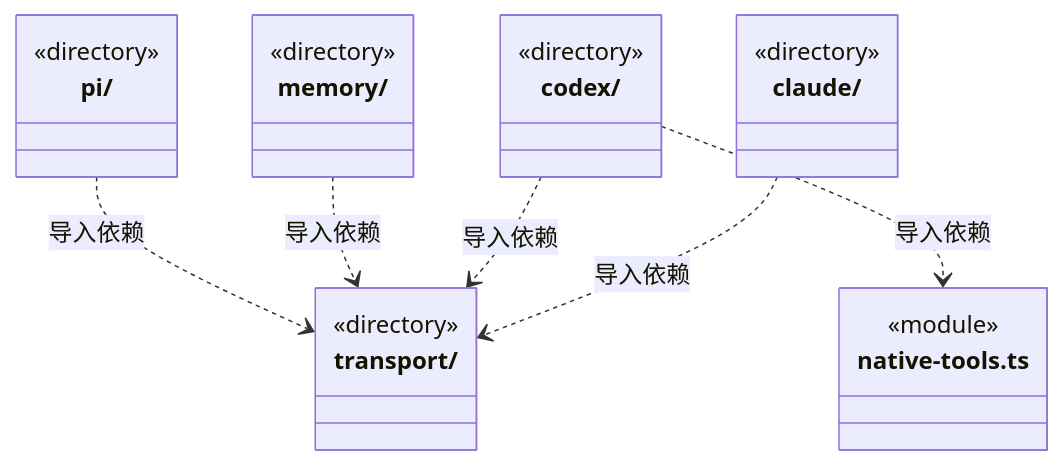
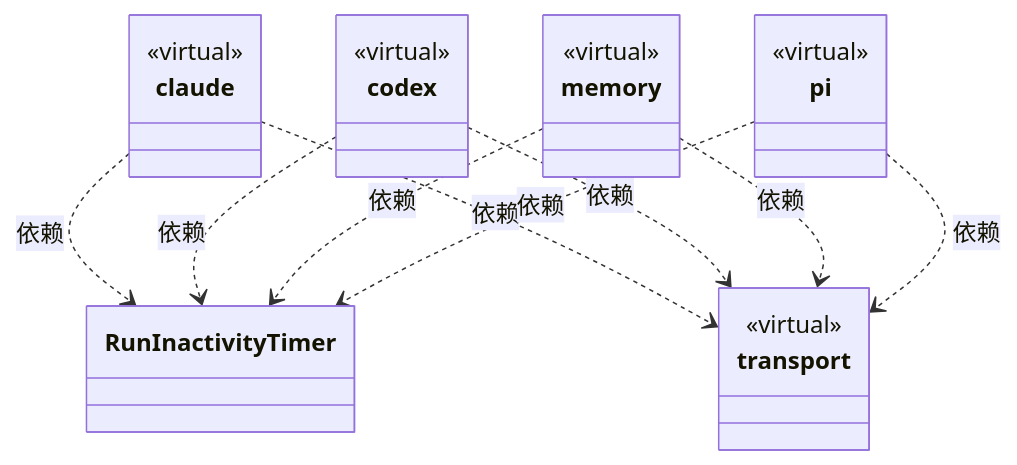
One commit to nan023062/cbim changed the first of 2 diagrams in src/logic/execution/engines/ARCHITECTURE.md. Above: the diagram before and after it, drawn with Mermaid. The commit also changed other lines of this file and 158 other files, not shown here.

Commit message:
docs: model architecture through nested virtual encapsulations

````diff
--- a/src/logic/execution/engines/ARCHITECTURE.md
+++ b/src/logic/execution/engines/ARCHITECTURE.md
@@ -108,26 +25,33 @@
 ```mermaid
 classDiagram
-class N_src_logic_execution_engines_claude["claude/"] {
-  <<directory>>
+class N_bf0d7359f126["RunInactivityTimer"]
+click N_bf0d7359f126 href "run-inactivity.ts"
+class N_9db869513ee5["claude"] {
+  <<virtual>>
 }
-class N_src_logic_execution_engines_codex["codex/"] {
-  <<directory>>
+click N_9db869513ee5 href "claude/ARCHITECTURE.md"
+class N_536e9126fb77["codex"] {
+  <<virtual>>
 }
-class N_src_logic_execution_engines_memory["memory/"] {
-  <<directory>>
+click N_536e9126fb77 href "codex/ARCHITECTURE.md"
+class N_5187bbd6fe44["memory"] {
+  <<virtual>>
 }
-class N_src_logic_execution_engines_pi["pi/"] {
-  <<directory>>
+click N_5187bbd6fe44 href "memory/ARCHITECTURE.md"
+class N_50b4afc870f3["pi"] {
+  <<virtual>>
 }
-class N_src_logic_execution_engines_transport["transport/"] {
-  <<directory>>
+click N_50b4afc870f3 href "pi/ARCHITECTURE.md"
+class N_27ee7598def9["transport"] {
+  <<virtual>>
 }
-class N_src_logic_execution_engines_native_tools_ts["native-tools.ts"] {
-  <<module>>
-}
-N_src_logic_execution_engines_claude ..> N_src_logic_execution_engines_transport : 导入依赖
-N_src_logic_execution_engines_codex ..> N_src_logic_execution_engines_native_tools_ts : 导入依赖
-N_src_logic_execution_engines_codex ..> N_src_logic_execution_engines_transport : 导入依赖
-N_src_logic_execution_engines_memory ..> N_src_logic_execution_engines_transport : 导入依赖
-N_src_logic_execution_engines_pi ..> N_src_logic_execution_engines_transport : 导入依赖
+click N_27ee7598def9 href "transport/ARCHITECTURE.md"
+N_9db869513ee5 ..> N_bf0d7359f126 : 依赖
+N_9db869513ee5 ..> N_27ee7598def9 : 依赖
+N_536e9126fb77 ..> N_bf0d7359f126 : 依赖
+N_536e9126fb77 ..> N_27ee7598def9 : 依赖
+N_5187bbd6fe44 ..> N_bf0d7359f126 : 依赖
+N_5187bbd6fe44 ..> N_27ee7598def9 : 依赖
+N_50b4afc870f3 ..> N_bf0d7359f126 : 依赖
+N_50b4afc870f3 ..> N_27ee7598def9 : 依赖
 ```
````
